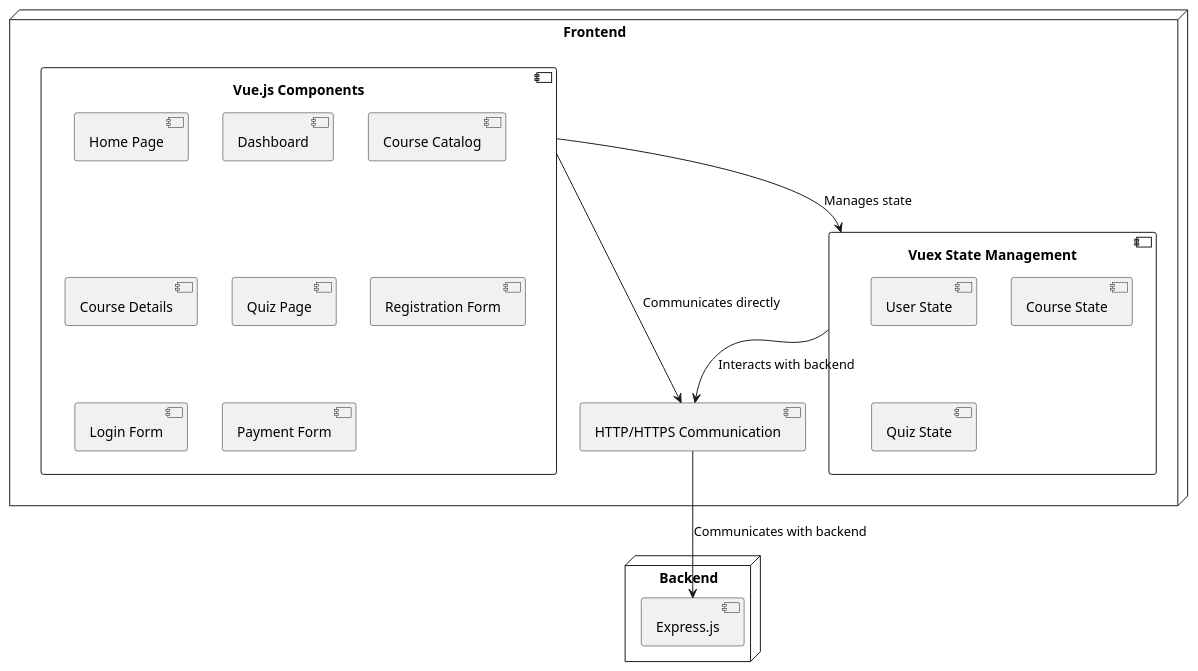
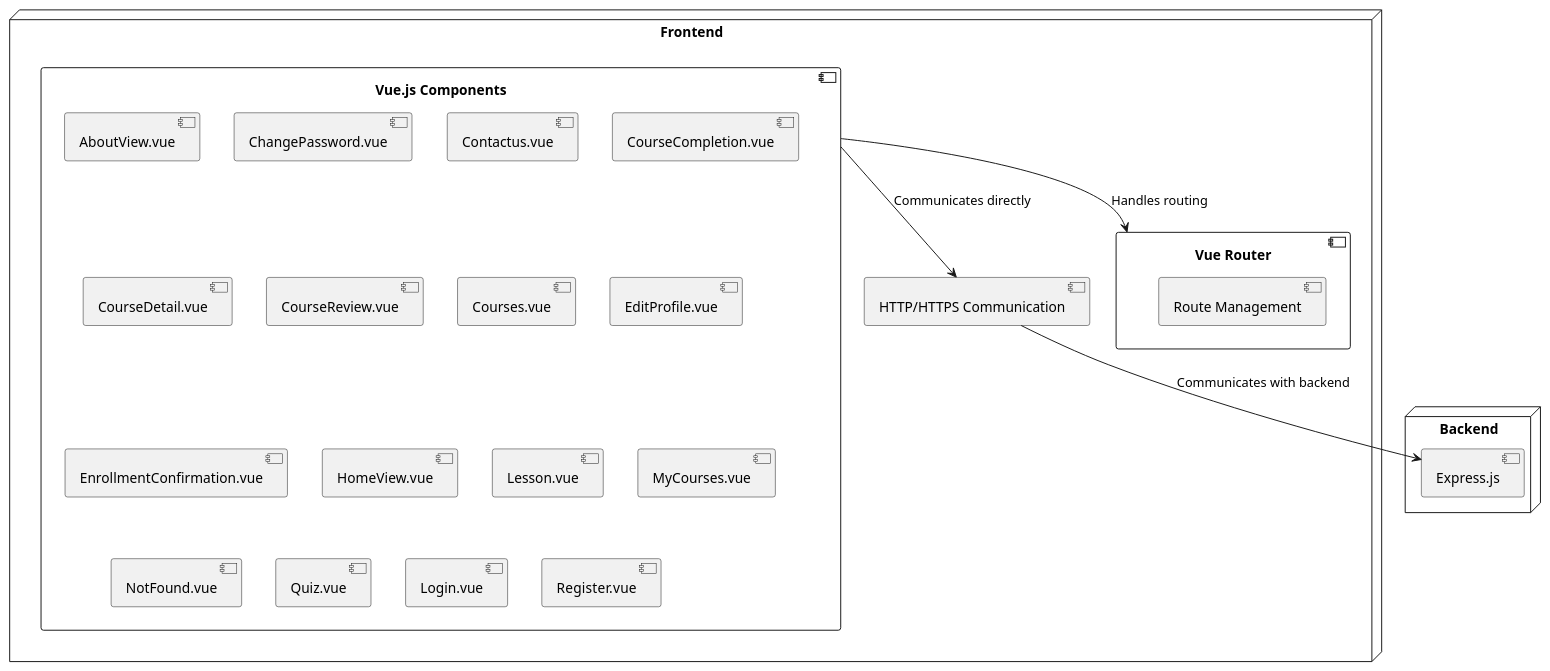
Before and after one commit to YassineRibouh/UMLdiagrams: the diagram in Diagrams/frontend.iuml, drawn with PlantUML.

```diff
--- a/Diagrams/frontend.iuml
+++ b/Diagrams/frontend.iuml
@@ -1,36 +1,40 @@
 @startuml
 top to bottom direction
 
 node Frontend {
   component "Vue.js Components" as Vue {
-    [Home Page]
-    [Dashboard]
-    [Course Catalog]
-    [Course Details]
-    [Quiz Page]
-    [Registration Form]
-    [Login Form]
-    [Payment Form]
+    [AboutView.vue]
+    [ChangePassword.vue]
+    [Contactus.vue]
+    [CourseCompletion.vue]
+    [CourseDetail.vue]
+    [CourseReview.vue]
+    [Courses.vue]
+    [EditProfile.vue]
+    [EnrollmentConfirmation.vue]
+    [HomeView.vue]
+    [Lesson.vue]
+    [MyCourses.vue]
+    [NotFound.vue]
+    [Quiz.vue]
+    [Login.vue]
+    [Register.vue]
   }
-  
-  component "Vuex State Management" as Vuex {
-    [User State]
-    [Course State]
-    [Quiz State]
+
+  component "Vue Router" as VueRouter {
+    [Route Management]
   }
 
   component "HTTP/HTTPS Communication" as FComms
 }
 
-
-Vue --> Vuex: Manages state
-Vuex --> FComms: Interacts with backend
+Vue --> VueRouter: Handles routing
 Vue --> FComms: Communicates directly
 
 node Backend {
   component "Express.js" as Express
 }
 
 FComms --> Express: Communicates with backend
 
 @enduml
```
